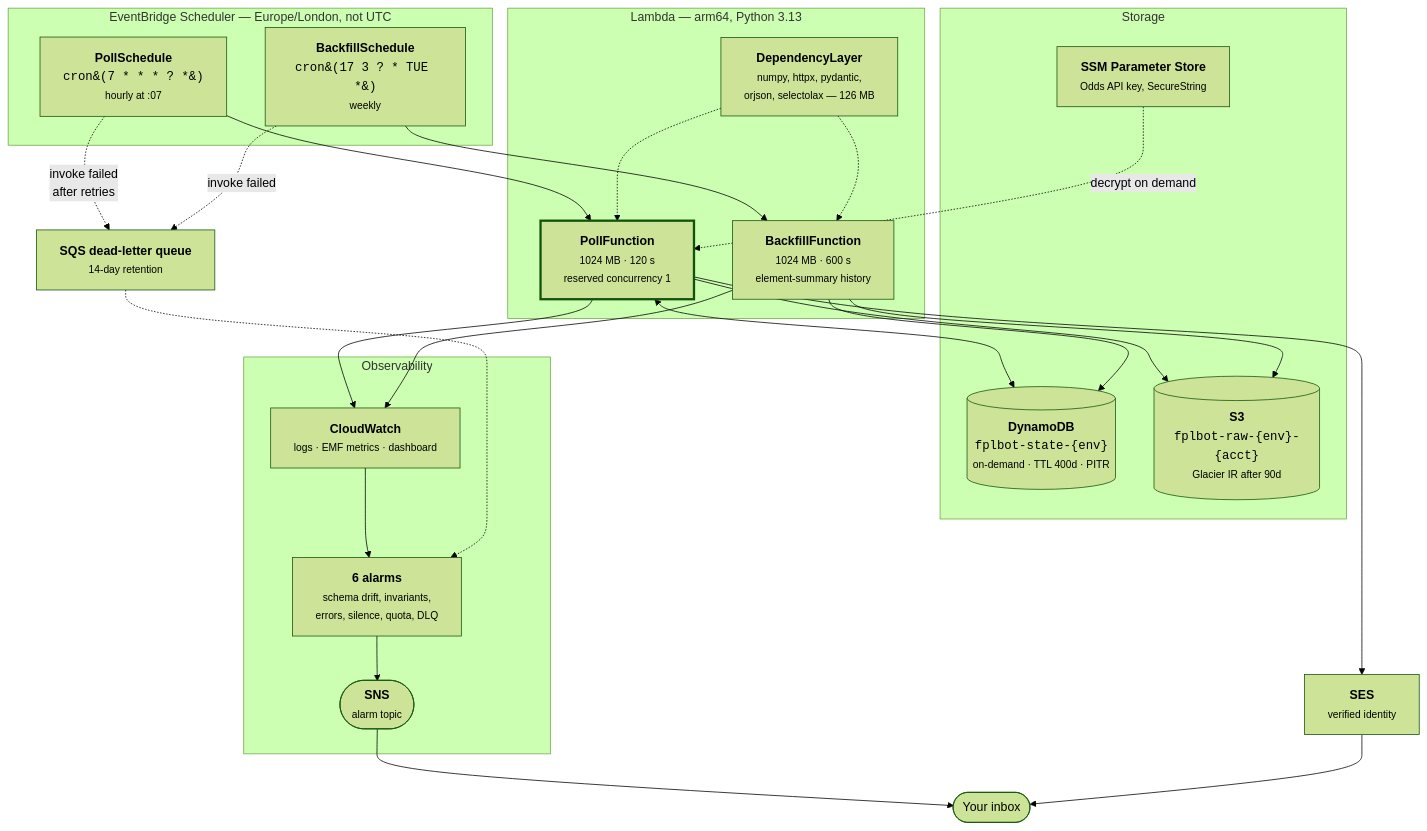
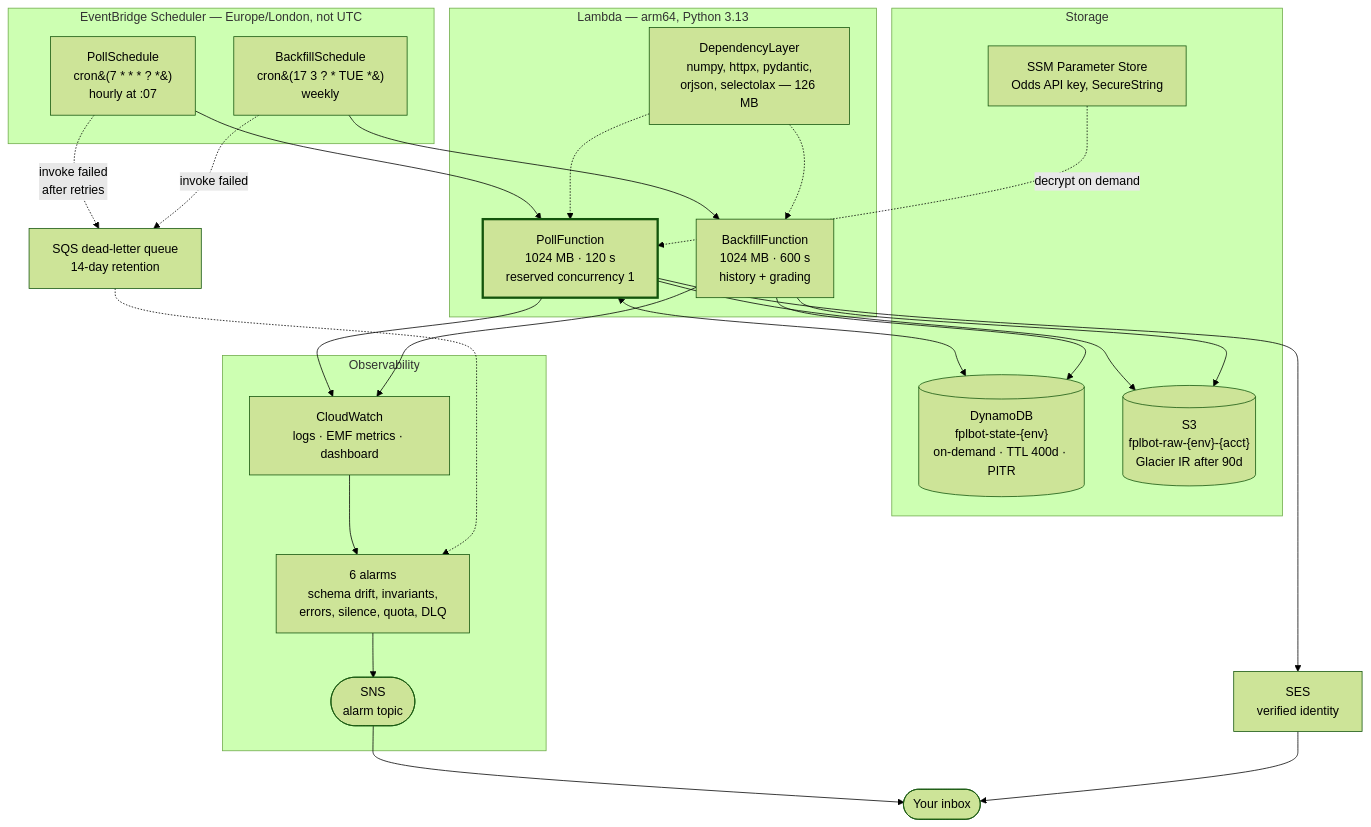
Before and after one commit to MasonGallagher/FplBot: the sixth of 12 diagrams in docs/DIAGRAMS.md, drawn with Mermaid (forest theme). The commit also changed other lines of this file and 1 other file, not shown here.

First line of the commit message:
docs: fix diagram labels overflowing their shapes, and cover calibration

````diff
--- a/docs/DIAGRAMS.md
+++ b/docs/DIAGRAMS.md
@@ -178,49 +188,49 @@
 ```mermaid
 flowchart TB
     subgraph sched["EventBridge Scheduler — Europe/London, not UTC"]
-        S1["<b>PollSchedule</b><br/><code>cron&#40;7 * * * ? *&#41;</code><br/><small>hourly at :07</small>"]
-        S2["<b>BackfillSchedule</b><br/><code>cron&#40;17 3 ? * TUE *&#41;</code><br/><small>weekly</small>"]
+        S1["PollSchedule<br/>cron&#40;7 * * * ? *&#41;<br/>hourly at :07"]
+        S2["BackfillSchedule<br/>cron&#40;17 3 ? * TUE *&#41;<br/>weekly"]
     end
 
     subgraph compute["Lambda — arm64, Python 3.13"]
-        F1["<b>PollFunction</b><br/><small>1024 MB · 120 s<br/>reserved concurrency 1</small>"]
-        F2["<b>BackfillFunction</b><br/><small>1024 MB · 600 s<br/>element-summary history</small>"]
-        LAYER["<b>DependencyLayer</b><br/><small>numpy, httpx, pydantic,<br/>orjson, selectolax — 126 MB</small>"]
+        F1["PollFunction<br/>1024 MB · 120 s<br/>reserved concurrency 1"]
+        F2["BackfillFunction<br/>1024 MB · 600 s<br/>history + grading"]
+        LAYER["DependencyLayer<br/>numpy, httpx, pydantic,<br/>orjson, selectolax — 126 MB"]
     end
 
     subgraph data["Storage"]
-        DDB[("<b>DynamoDB</b><br/><code>fplbot-state-{env}</code><br/><small>on-demand · TTL 400d · PITR</small>")]
-        S3B[("<b>S3</b><br/><code>fplbot-raw-{env}-{acct}</code><br/><small>Glacier IR after 90d</small>")]
-        SSM["<b>SSM Parameter Store</b><br/><small>Odds API key, SecureString</small>"]
+        DDB[("DynamoDB<br/>fplbot-state-{env}<br/>on-demand · TTL 400d · PITR")]
+        S3B[("S3<br/>fplbot-raw-{env}-{acct}<br/>Glacier IR after 90d")]
+        SSM["SSM Parameter Store<br/>Odds API key, SecureString"]
     end
 
     subgraph obs["Observability"]
-        CW["<b>CloudWatch</b><br/><small>logs · EMF metrics · dashboard</small>"]
-        ALARMS["<b>6 alarms</b><br/><small>schema drift, invariants,<br/>errors, silence, quota, DLQ</small>"]
-        SNS(["<b>SNS</b><br/><small>alarm topic</small>"])
+        CW["CloudWatch<br/>logs · EMF metrics · dashboard"]
+        ALARMS["6 alarms<br/>schema drift, invariants,<br/>errors, silence, quota, DLQ"]
+        SNS(["SNS<br/>alarm topic"])
     end
 
-    DLQ["<b>SQS dead-letter queue</b><br/><small>14-day retention</small>"]
-    SES["<b>SES</b><br/><small>verified identity</small>"]
+    DLQ["SQS dead-letter queue<br/>14-day retention"]
+    SES["SES<br/>verified identity"]
     INBOX(["Your inbox"])
 
     S1 --> F1
     S2 --> F2
     S1 -. "invoke failed<br/>after retries" .-> DLQ
     S2 -. "invoke failed" .-> DLQ
     LAYER -.-> F1
     LAYER -.-> F2
     F1 <--> DDB
     F2 --> DDB
     F1 --> S3B
     F2 --> S3B
     SSM -.->|"decrypt on demand"| F1
     F1 --> CW
     F2 --> CW
     CW --> ALARMS --> SNS --> INBOX
     DLQ -.-> ALARMS
     F1 --> SES --> INBOX
 
     classDef emphasis stroke-width:3px
     class F1 emphasis
 ```
````
